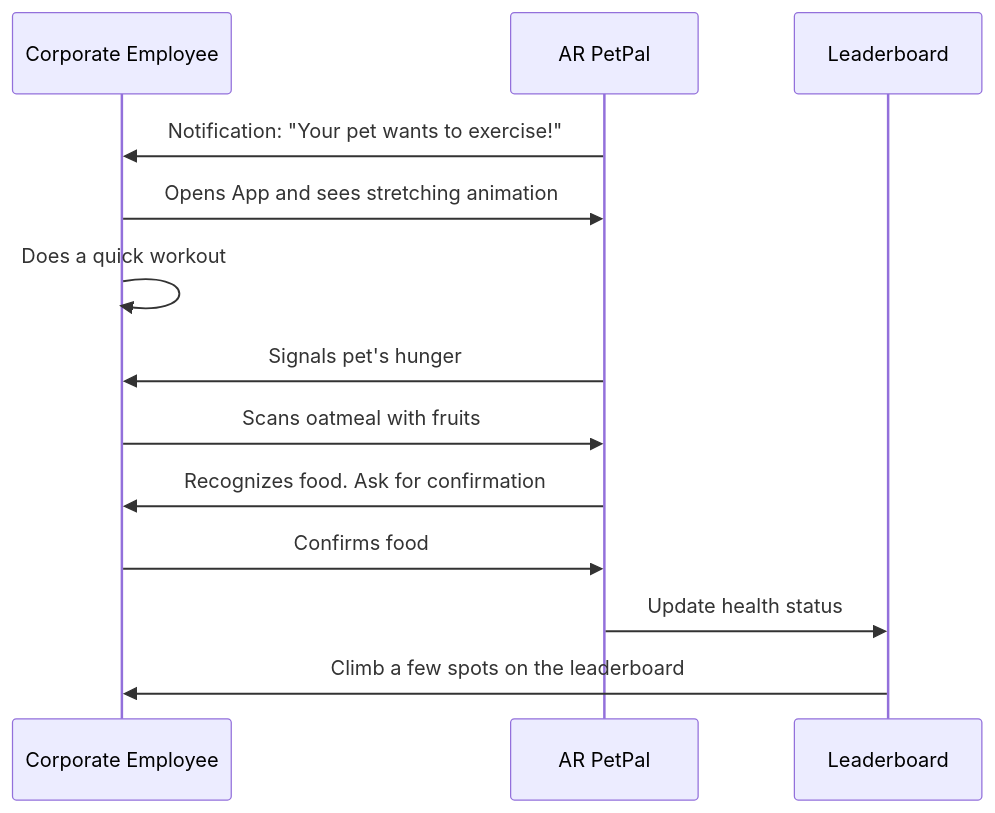
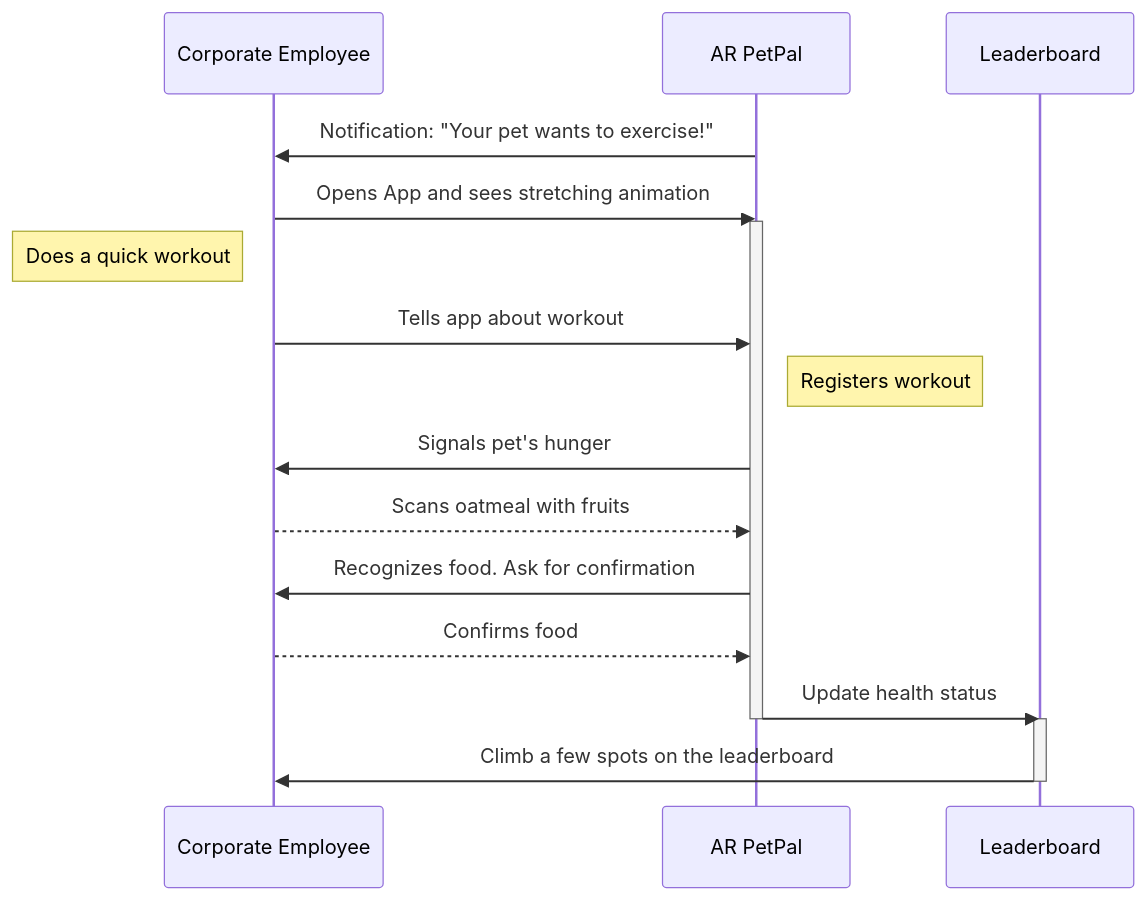
The fourth of 8 diagrams in documentation/docs/system-architecture/sequence-diagrams.md (Capstone-Projects-2023-Fall/project-ar-pet-pals), drawn with Mermaid before and after one commit. The commit also changed other lines of this file, not shown here.

Commit message:
edit sequence diagrams

````diff
--- a/documentation/docs/system-architecture/sequence-diagrams.md
+++ b/documentation/docs/system-architecture/sequence-diagrams.md
@@ -148,16 +166,23 @@
 ```mermaid
 sequenceDiagram
     participant User as Corporate Employee
     participant App as AR PetPal
     participant LB as Leaderboard
 
     App->>User: Notification: "Your pet wants to exercise!"
     User->>App: Opens App and sees stretching animation
-    User->>User: Does a quick workout
+    activate App
+    Note left of User: Does a quick workout
+    User->>App: Tells app about workout
+    Note right of App: Registers workout
     App->>User: Signals pet's hunger
-    User->>App: Scans oatmeal with fruits
+    User-->>App: Scans oatmeal with fruits
     App->>User: Recognizes food. Ask for confirmation
-    User->>App: Confirms food
+    User-->>App: Confirms food
     App->>LB: Update health status
+    deactivate App
+
+    activate LB
     LB->>User: Climb a few spots on the leaderboard
+    deactivate LB
 ```
````
